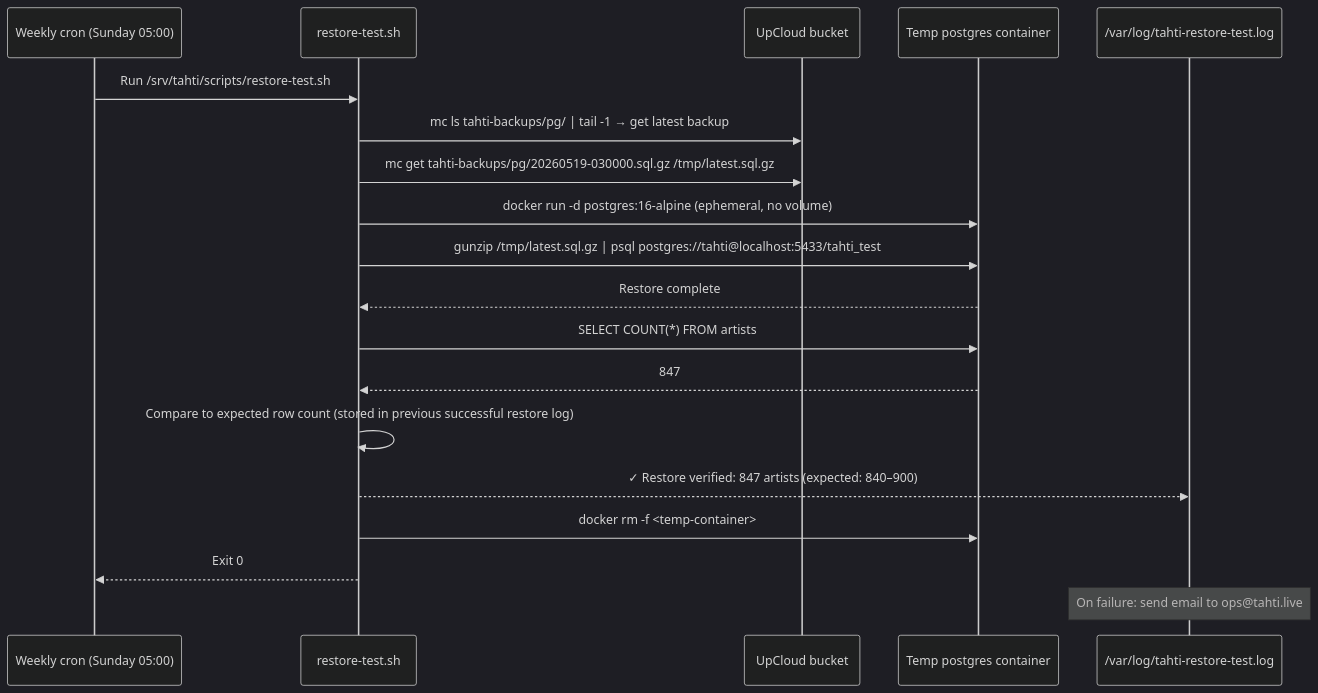
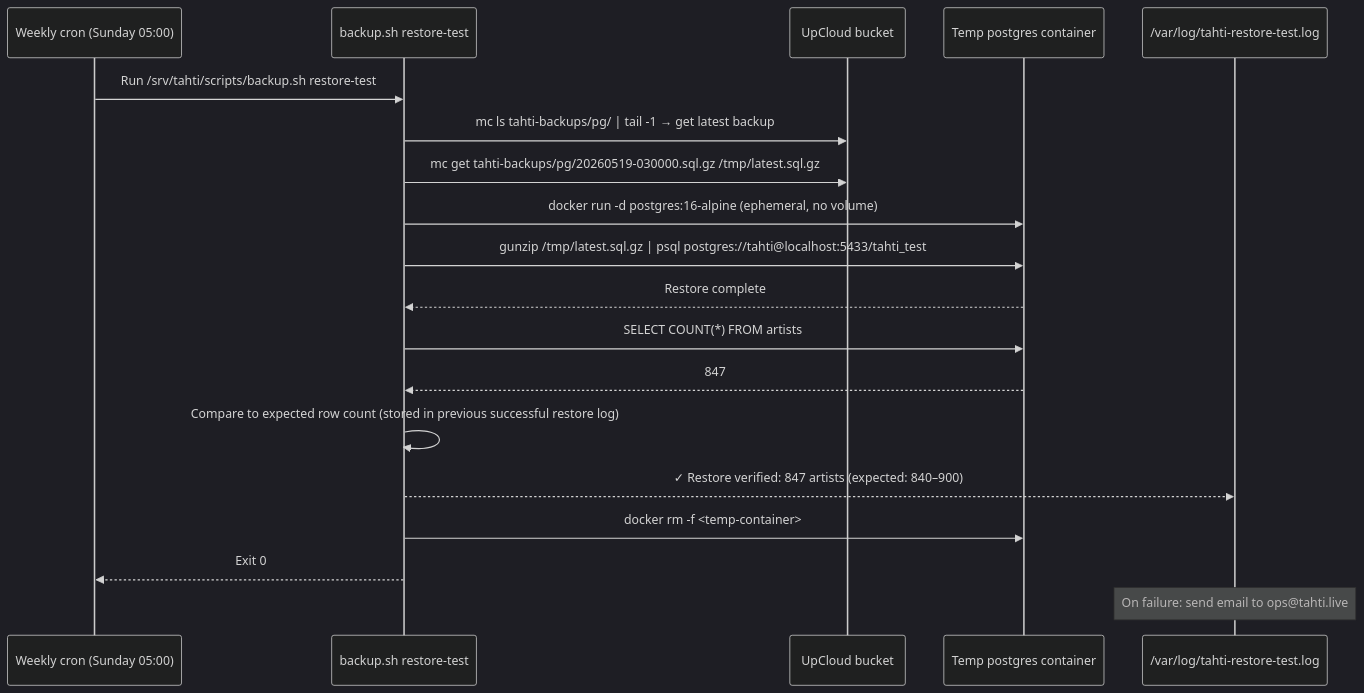
One commit to janiluuk/tahti-org changed the fifth of 8 diagrams in docs/technical/journey-ops.md. Above: the diagram before and after it, drawn with Mermaid (dark theme). The commit also changed 70 other files, not shown here.

````diff
--- a/docs/technical/journey-ops.md
+++ b/docs/technical/journey-ops.md
@@ -153,28 +153,28 @@
 ```mermaid
 sequenceDiagram
     participant Cron as Weekly cron (Sunday 05:00)
-    participant Script as restore-test.sh
+    participant Script as backup.sh restore-test
     participant S3 as UpCloud bucket
     participant TMP as Temp postgres container
     participant Log as /var/log/tahti-restore-test.log
 
-    Cron->>Script: Run /srv/tahti/scripts/restore-test.sh
+    Cron->>Script: Run /srv/tahti/scripts/backup.sh restore-test
 
     Script->>S3: mc ls tahti-backups/pg/ | tail -1 → get latest backup
     Script->>S3: mc get tahti-backups/pg/20260519-030000.sql.gz /tmp/latest.sql.gz
 
     Script->>TMP: docker run -d postgres:16-alpine (ephemeral, no volume)
     Script->>TMP: gunzip /tmp/latest.sql.gz | psql postgres://tahti@localhost:5433/tahti_test
     TMP-->>Script: Restore complete
 
     Script->>TMP: SELECT COUNT(*) FROM artists
     TMP-->>Script: 847
 
     Script->>Script: Compare to expected row count (stored in previous successful restore log)
     Script-->>Log: ✓ Restore verified: 847 artists (expected: 840–900)
 
     Script->>TMP: docker rm -f <temp-container>
     Script-->>Cron: Exit 0
 
     Note over Log: On failure: send email to ops@tahti.live
 ```
````
